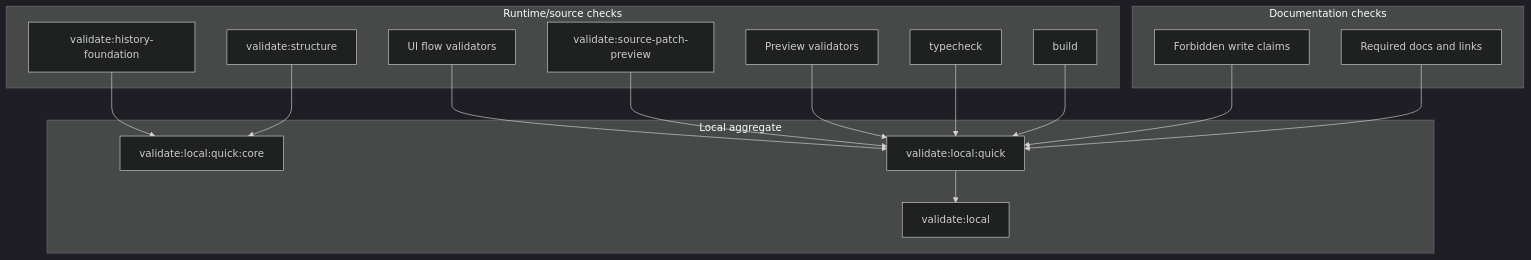
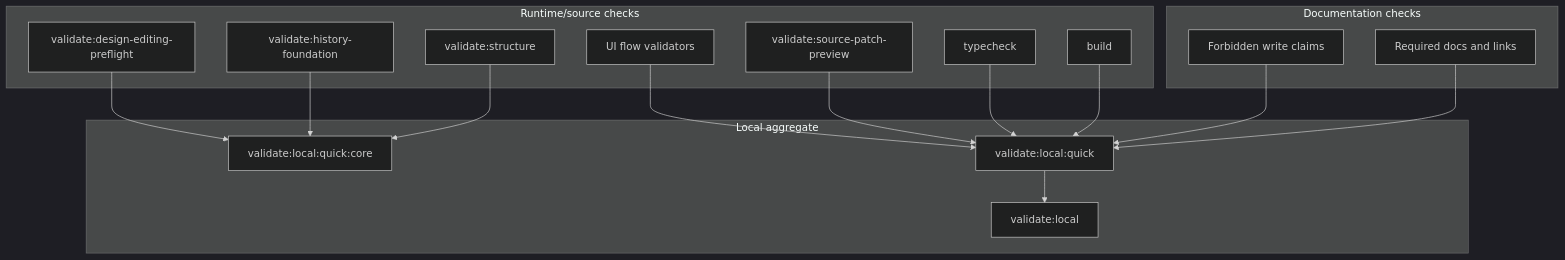
Before and after one commit to krestosa/Crystal: the diagram in docs/architecture/validation-system.md, drawn with Mermaid (dark theme). The commit also changed other lines of this file and 4 other files, not shown here.

Commit message:
Document design editing preflight

````diff
--- a/docs/architecture/validation-system.md
+++ b/docs/architecture/validation-system.md
@@ -70,34 +56,34 @@
 ```mermaid
 flowchart TD
   subgraph Docs[Documentation checks]
     DocsShape[Required docs and links]
     Claims[Forbidden write claims]
   end
 
   subgraph Runtime[Runtime/source checks]
     Build[build]
     Typecheck[typecheck]
     Structure[validate:structure]
-    Preview[Preview validators]
     SourcePatch[validate:source-patch-preview]
     History[validate:history-foundation]
+    DesignEditing[validate:design-editing-preflight]
     UI[UI flow validators]
   end
 
   subgraph Aggregate[Local aggregate]
     QuickCore[validate:local:quick:core]
     Quick[validate:local:quick]
     Full[validate:local]
   end
 
   DocsShape --> Quick
   Claims --> Quick
   Structure --> QuickCore
   History --> QuickCore
+  DesignEditing --> QuickCore
   Build --> Quick
   Typecheck --> Quick
-  Preview --> Quick
   SourcePatch --> Quick
   UI --> Quick
   Quick --> Full
 ```
````
